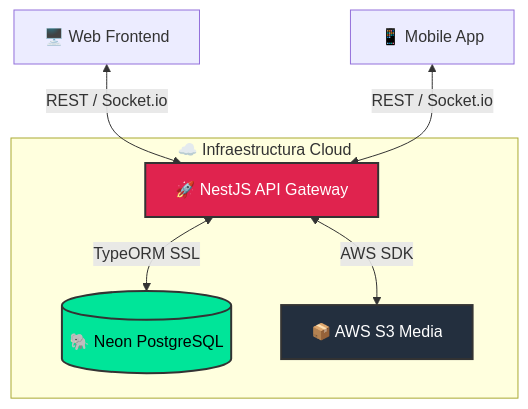
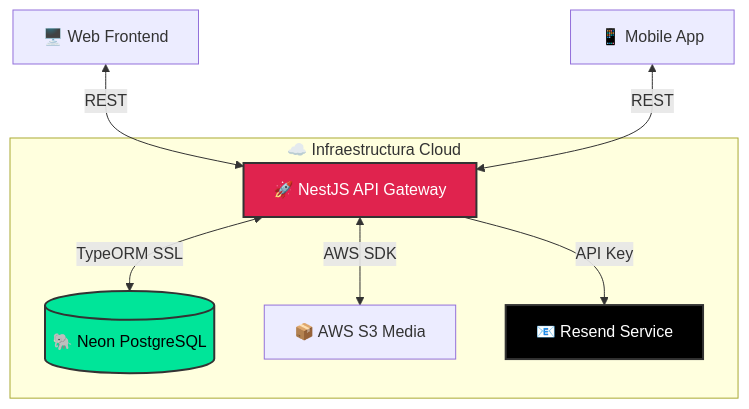
Before and after one commit to marceloemmott-dev/mired-social-backend: the first of 2 diagrams in README.md, drawn with Mermaid. The commit also changed other lines of this file and 11 other files, not shown here.

````diff
--- a/README.md
+++ b/README.md
@@ -39,27 +38,29 @@
 ```mermaid
 graph TD
     %% Clientes
     ClientWeb[🖥️ Web Frontend]
     ClientMobile[📱 Mobile App]
 
     %% Backend
     subgraph Cloud["☁️ Infraestructura Cloud"]
         API[🚀 NestJS API Gateway]
         
         %% Servicios Externos
         DB[(🐘 Neon PostgreSQL)]
         Storage[📦 AWS S3 Media]
+        Email[📧 Resend Service]
     end
 
     %% Conexiones
-    ClientWeb <-->|REST / Socket.io| API
-    ClientMobile <-->|REST / Socket.io| API
+    ClientWeb <-->|REST| API
+    ClientMobile <-->|REST| API
     
     API <-->|TypeORM SSL| DB
     API <-->|AWS SDK| Storage
+    API -->|API Key| Email
 
     %% Estilos
     style API fill:#E0234E,stroke:#333,stroke-width:2px,color:white
     style DB fill:#00E599,stroke:#333,stroke-width:2px,color:black
-    style Storage fill:#232F3E,stroke:#333,stroke-width:2px,color:white
+    style Email fill:#000,stroke:#333,stroke-width:2px,color:white
 ```
````
